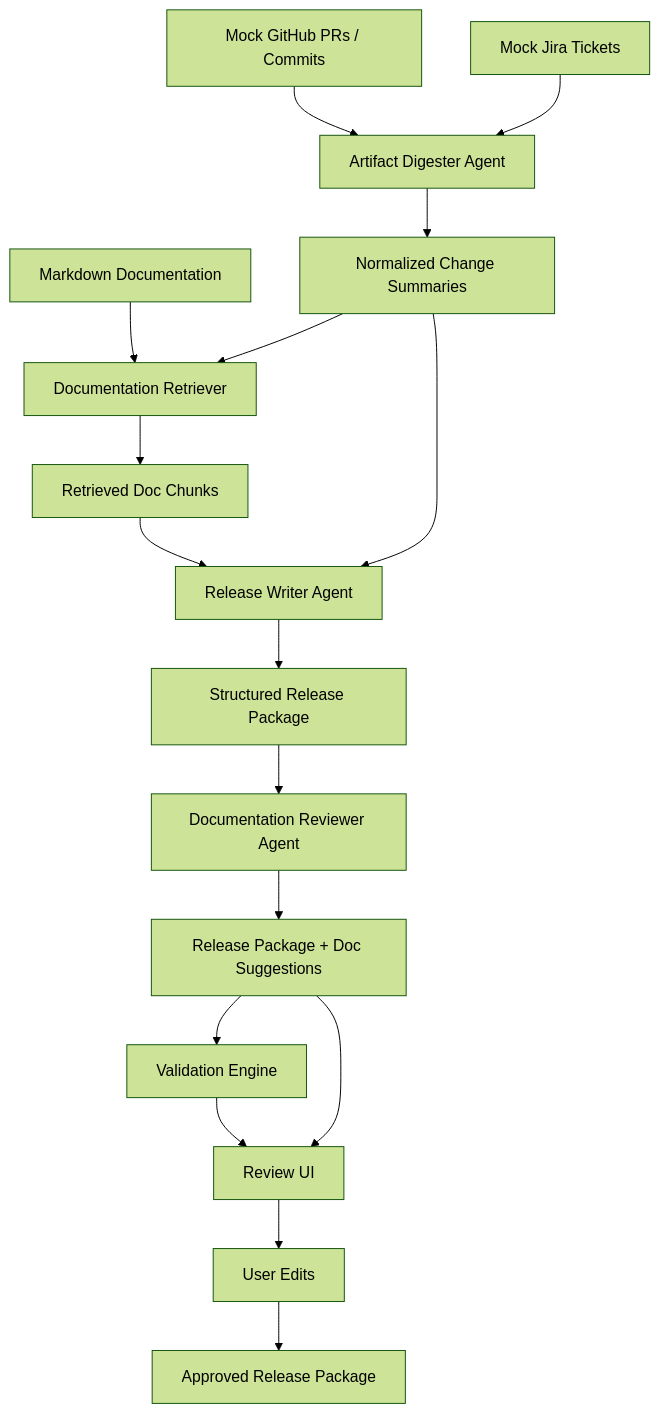
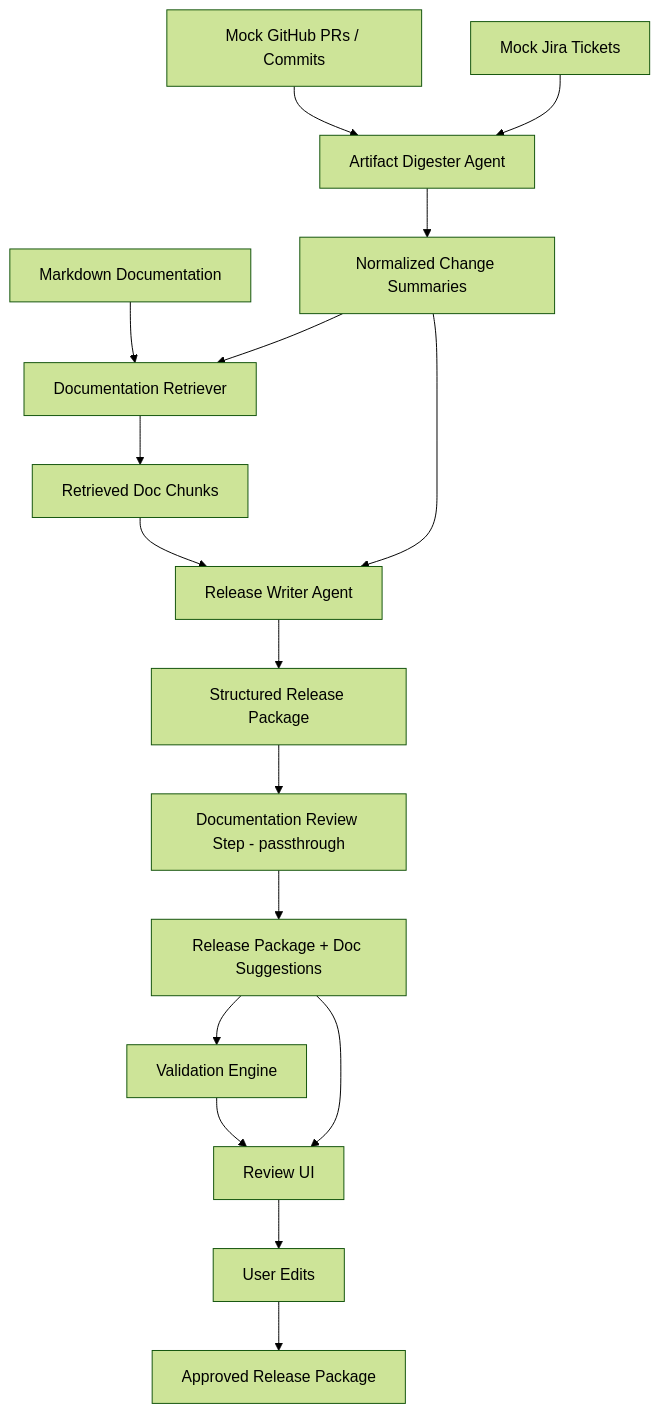
The diagram in Design.md (gdirection/release-doc-agent), drawn with Mermaid (forest theme) before and after one commit. The commit also changed other lines of this file, not shown here.

Commit message:
clarify documentation review step as passthrough in design doc

````diff
--- a/Design.md
+++ b/Design.md
@@ -15,24 +15,24 @@
 ```mermaid
 flowchart TD
     A[Mock GitHub PRs / Commits] --> D[Artifact Digester Agent]
     B[Mock Jira Tickets] --> D
     C[Markdown Documentation] --> E[Documentation Retriever]
 
     D --> F[Normalized Change Summaries]
     F --> E
     E --> G[Retrieved Doc Chunks]
 
     F --> H[Release Writer Agent]
     G --> H
 
     H --> I[Structured Release Package]
-    I --> J[Documentation Reviewer Agent]
+    I --> J[Documentation Review Step - passthrough]
     J --> K[Release Package + Doc Suggestions]
 
     K --> L[Validation Engine]
     L --> M[Review UI]
     K --> M
 
     M --> N[User Edits]
     N --> O[Approved Release Package]
 ```
````
